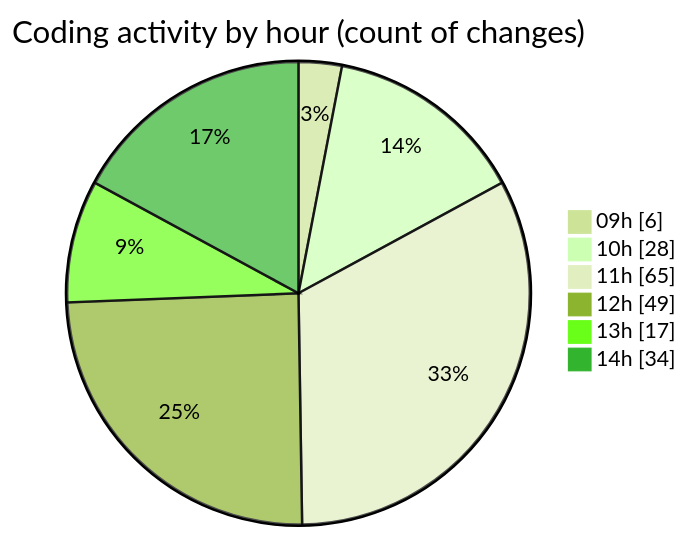
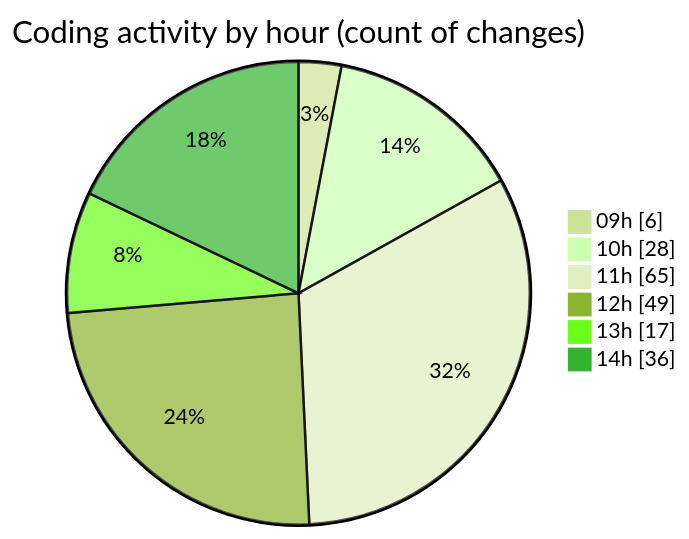
Before and after one commit to momahboobian/code-tracking: the second of 2 diagrams in 2025-03-27/cda/README.md, drawn with Mermaid (forest theme). The commit also changed other lines of this file and 1 other file, not shown here.

````diff
--- a/2025-03-27/cda/README.md
+++ b/2025-03-27/cda/README.md
@@ -30,10 +30,10 @@
 ```mermaid
 pie showData
 title Coding activity by hour (count of changes)
 "09h" : 6
 "10h" : 28
 "11h" : 65
 "12h" : 49
 "13h" : 17
-"14h" : 34
+"14h" : 36
 ```
````
